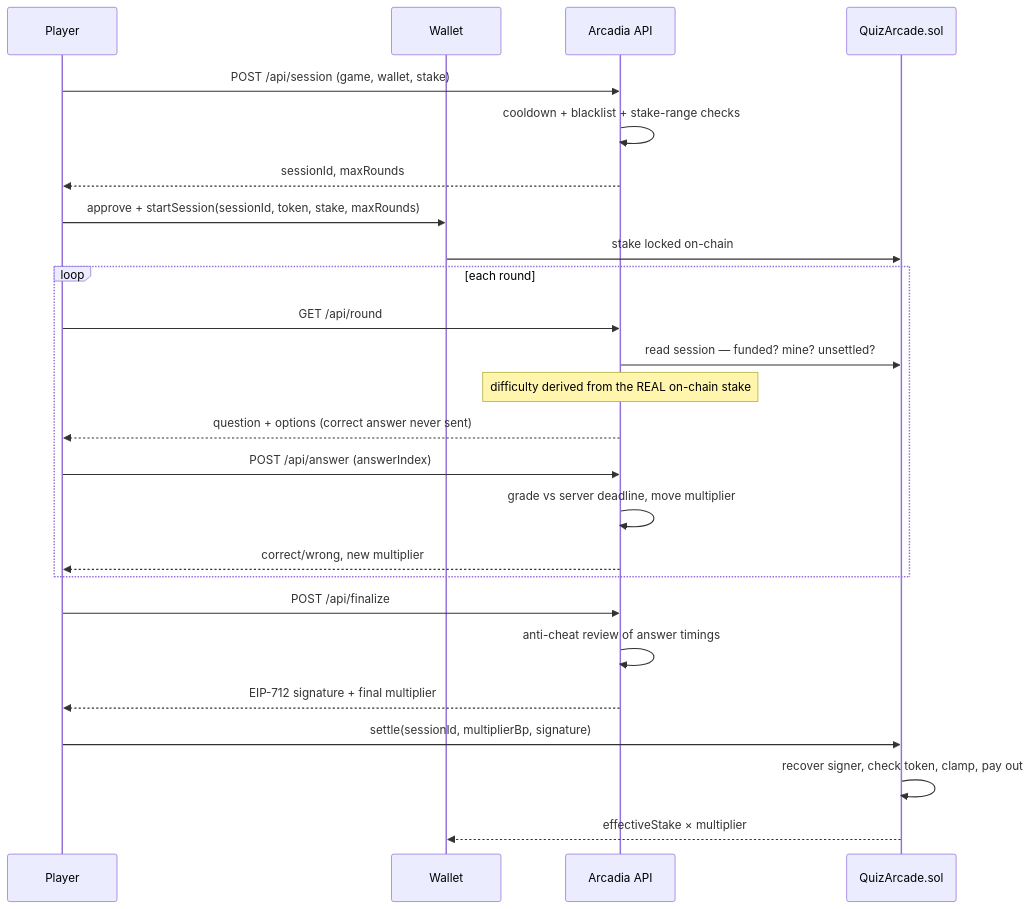
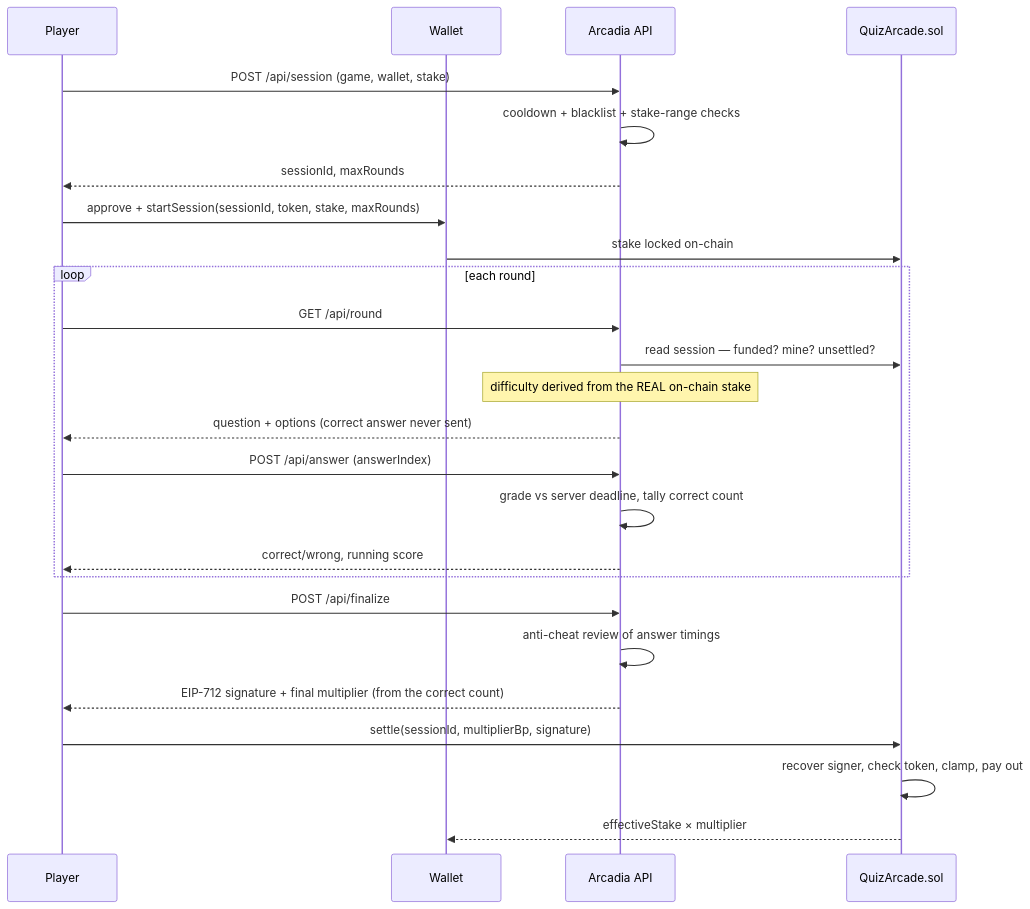
One commit to greyw0rks/Arcadia-backend changed the diagram in README.md. Above: the diagram before and after it, drawn with Mermaid. The commit also changed other lines of this file and 15 other files, not shown here.

````diff
--- a/README.md
+++ b/README.md
@@ -61,28 +62,28 @@
 ```mermaid
 sequenceDiagram
     participant P as Player
     participant W as Wallet
     participant A as Arcadia API
     participant C as QuizArcade.sol
 
     P->>A: POST /api/session (game, wallet, stake)
     A->>A: cooldown + blacklist + stake-range checks
     A-->>P: sessionId, maxRounds
     P->>W: approve + startSession(sessionId, token, stake, maxRounds)
     W->>C: stake locked on-chain
     loop each round
         P->>A: GET /api/round
         A->>C: read session — funded? mine? unsettled?
         Note over A: difficulty derived from the REAL on-chain stake
         A-->>P: question + options (correct answer never sent)
         P->>A: POST /api/answer (answerIndex)
-        A->>A: grade vs server deadline, move multiplier
-        A-->>P: correct/wrong, new multiplier
+        A->>A: grade vs server deadline, tally correct count
+        A-->>P: correct/wrong, running score
     end
     P->>A: POST /api/finalize
     A->>A: anti-cheat review of answer timings
-    A-->>P: EIP-712 signature + final multiplier
+    A-->>P: EIP-712 signature + final multiplier (from the correct count)
     P->>C: settle(sessionId, multiplierBp, signature)
     C->>C: recover signer, check token, clamp, pay out
     C-->>W: effectiveStake × multiplier
 ```
````
